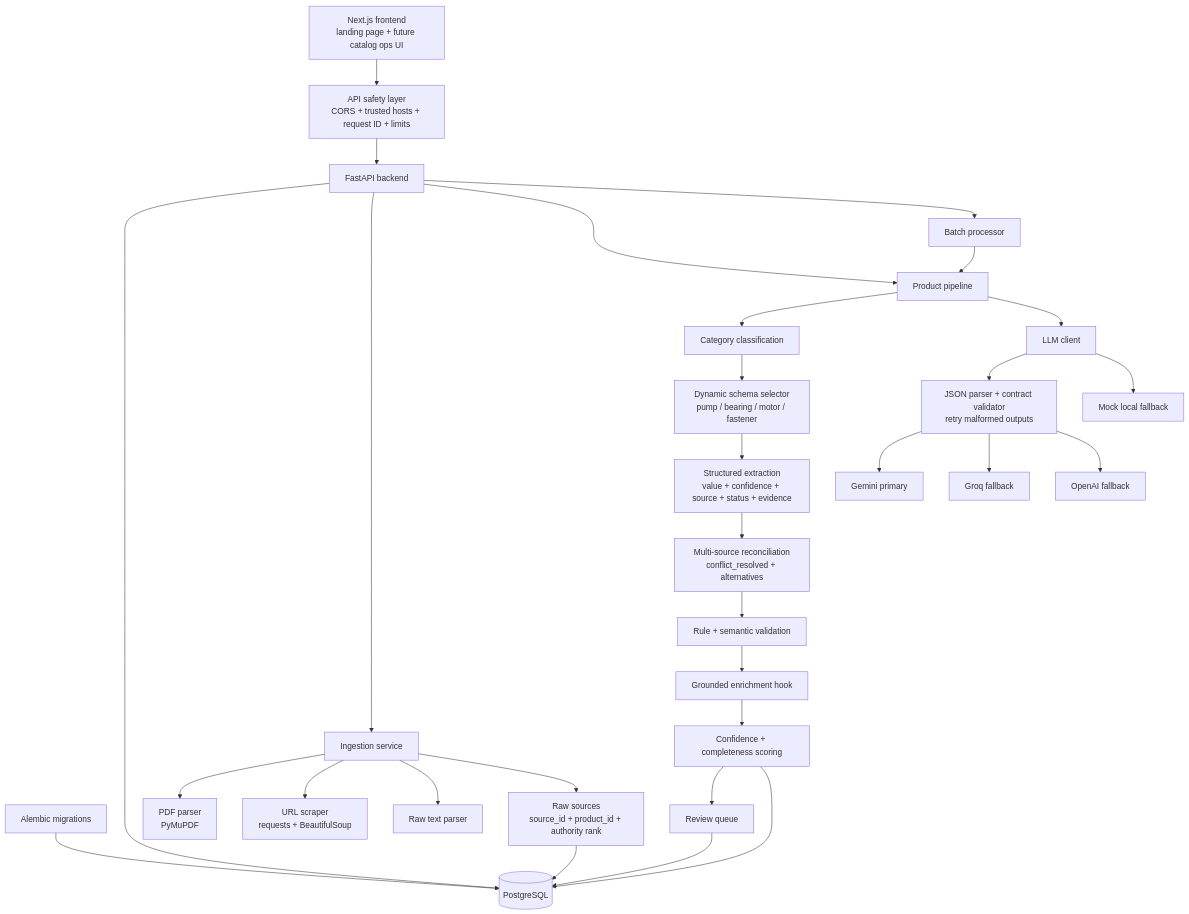
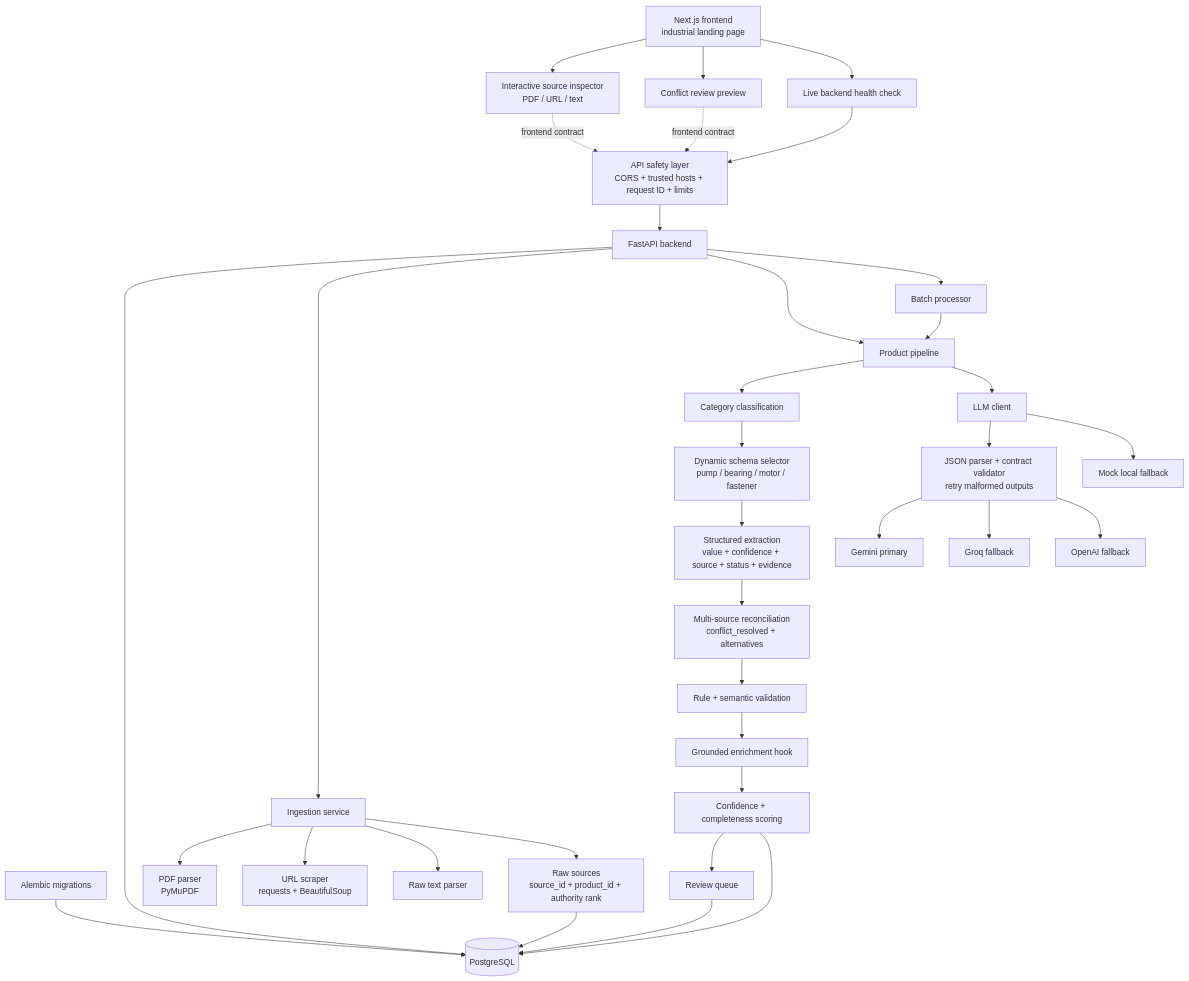
Before and after one commit to praju455/Ferrox: the diagram in README.md, drawn with Mermaid. The commit also changed other lines of this file and 7 other files, not shown here.

Commit message:
Redesign Ferrox industrial landing page

````diff
--- a/README.md
+++ b/README.md
@@ -121,35 +125,40 @@
 ```mermaid
 flowchart TD
-    UI["Next.js frontend\nlanding page + future catalog ops UI"] --> Guard["API safety layer\nCORS + trusted hosts + request ID + limits"]
+    UI["Next.js frontend\nindustrial landing page"] --> Inspector["Interactive source inspector\nPDF / URL / text"]
+    UI --> ReviewUI["Conflict review preview"]
+    UI --> HealthUI["Live backend health check"]
+    HealthUI --> Guard["API safety layer\nCORS + trusted hosts + request ID + limits"]
+    Inspector -. "frontend contract" .-> Guard
+    ReviewUI -. "frontend contract" .-> Guard
     Guard --> API["FastAPI backend"]
     API --> DB[("PostgreSQL")]
     Migration["Alembic migrations"] --> DB
     API --> Ingest["Ingestion service"]
     Ingest --> PDF["PDF parser\nPyMuPDF"]
     Ingest --> URL["URL scraper\nrequests + BeautifulSoup"]
     Ingest --> Text["Raw text parser"]
     Ingest --> Sources["Raw sources\nsource_id + product_id + authority rank"]
     Sources --> DB
 
     API --> Pipeline["Product pipeline"]
     Pipeline --> Classify["Category classification"]
     Classify --> Schemas["Dynamic schema selector\npump / bearing / motor / fastener"]
     Schemas --> Extract["Structured extraction\nvalue + confidence + source + status + evidence"]
     Extract --> Reconcile["Multi-source reconciliation\nconflict_resolved + alternatives"]
     Reconcile --> Validate["Rule + semantic validation"]
     Validate --> Enrich["Grounded enrichment hook"]
     Enrich --> Score["Confidence + completeness scoring"]
     Score --> Review["Review queue"]
     Score --> DB
     Review --> DB
 
     Pipeline --> LLM["LLM client"]
     LLM --> JSON["JSON parser + contract validator\nretry malformed outputs"]
     JSON --> Gemini["Gemini primary"]
     JSON --> Groq["Groq fallback"]
     JSON --> OpenAI["OpenAI fallback"]
     LLM --> Mock["Mock local fallback"]
 
     API --> Batch["Batch processor"]
     Batch --> Pipeline
 ```
````
